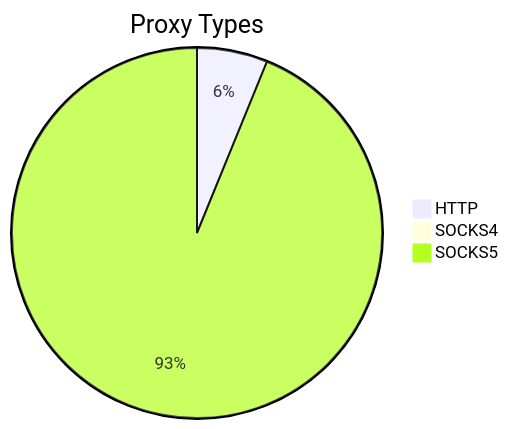
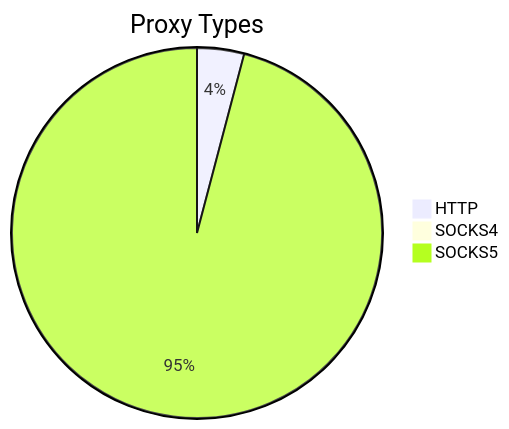
The first of 2 diagrams in README.md (stormsia/proxy-list), drawn with Mermaid before and after one commit. The commit also changed other lines of this file, not shown here.

````diff
--- a/README.md
+++ b/README.md
@@ -21,6 +21,6 @@
 ```mermaid
 pie title Proxy Types
-    "HTTP" : 274
-    "SOCKS4" : 25
-    "SOCKS5" : 4167
+    "HTTP" : 308
+    "SOCKS4" : 62
+    "SOCKS5" : 7197
 ```
````
